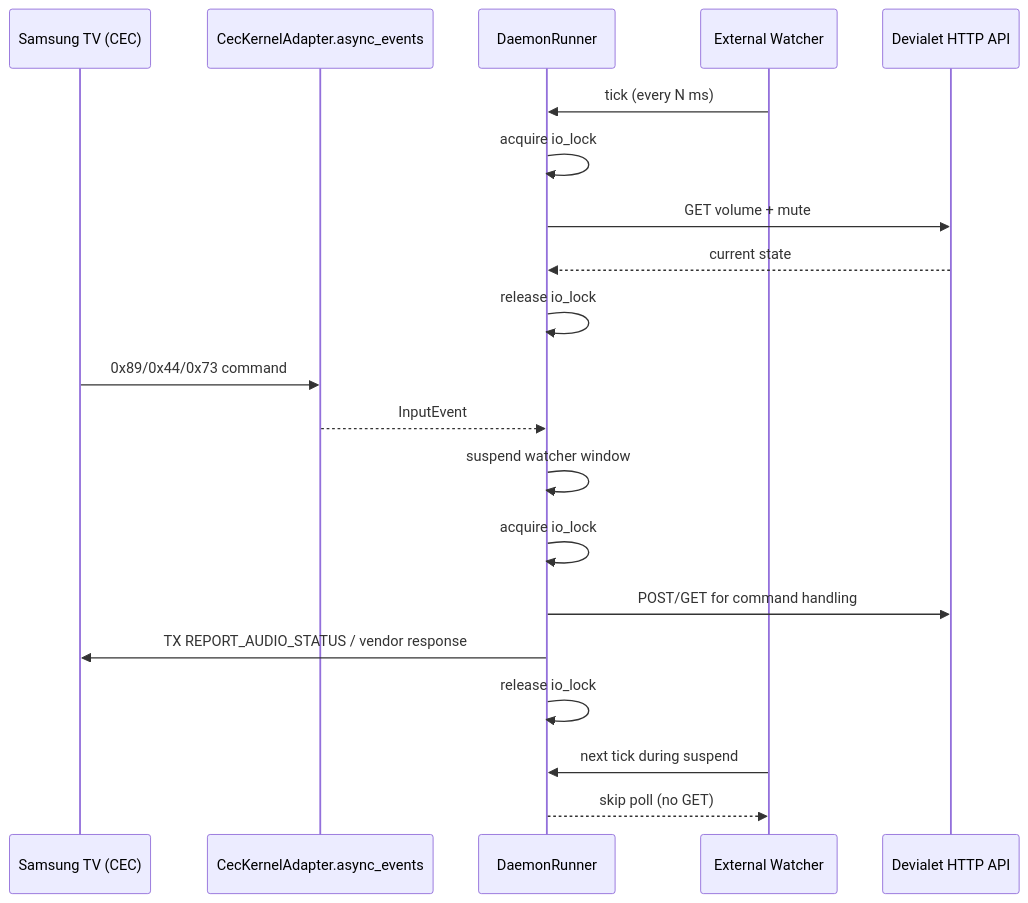
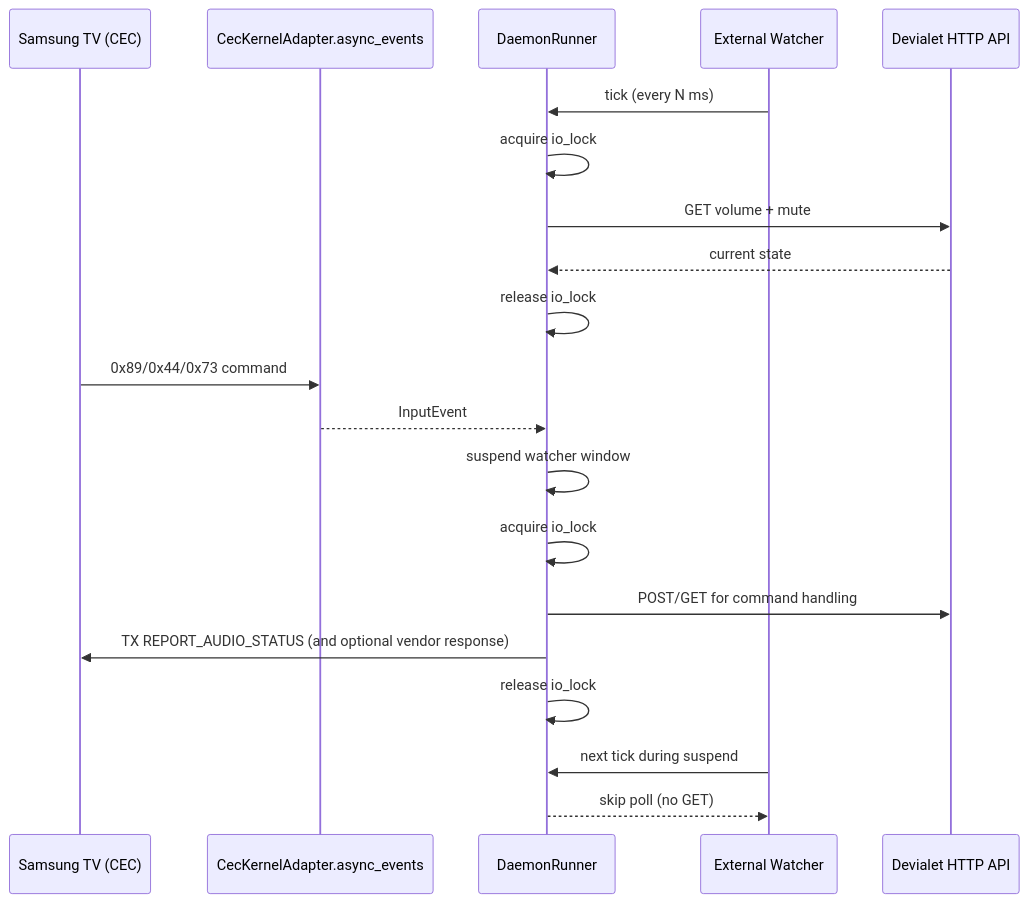
One commit to clementperon/devialet-phantom-ctl changed the second of 2 diagrams in ARCHITECTURE.md. Above: the diagram before and after it, drawn with Mermaid. The commit also changed other lines of this file and 7 other files, not shown here.

````diff
--- a/ARCHITECTURE.md
+++ b/ARCHITECTURE.md
@@ -127,25 +127,25 @@
 ```mermaid
 sequenceDiagram
   participant TV as Samsung TV (CEC)
   participant CEC as CecKernelAdapter.async_events
   participant D as DaemonRunner
   participant W as External Watcher
   participant API as Devialet HTTP API
 
   W->>D: tick (every N ms)
   D->>D: acquire io_lock
   D->>API: GET volume + mute
   API-->>D: current state
   D->>D: release io_lock
 
   TV->>CEC: 0x89/0x44/0x73 command
   CEC-->>D: InputEvent
   D->>D: suspend watcher window
   D->>D: acquire io_lock
   D->>API: POST/GET for command handling
-  D->>TV: TX REPORT_AUDIO_STATUS / vendor response
+  D->>TV: TX REPORT_AUDIO_STATUS (and optional vendor response)
   D->>D: release io_lock
 
   W->>D: next tick during suspend
   D-->>W: skip poll (no GET)
 ```
````
